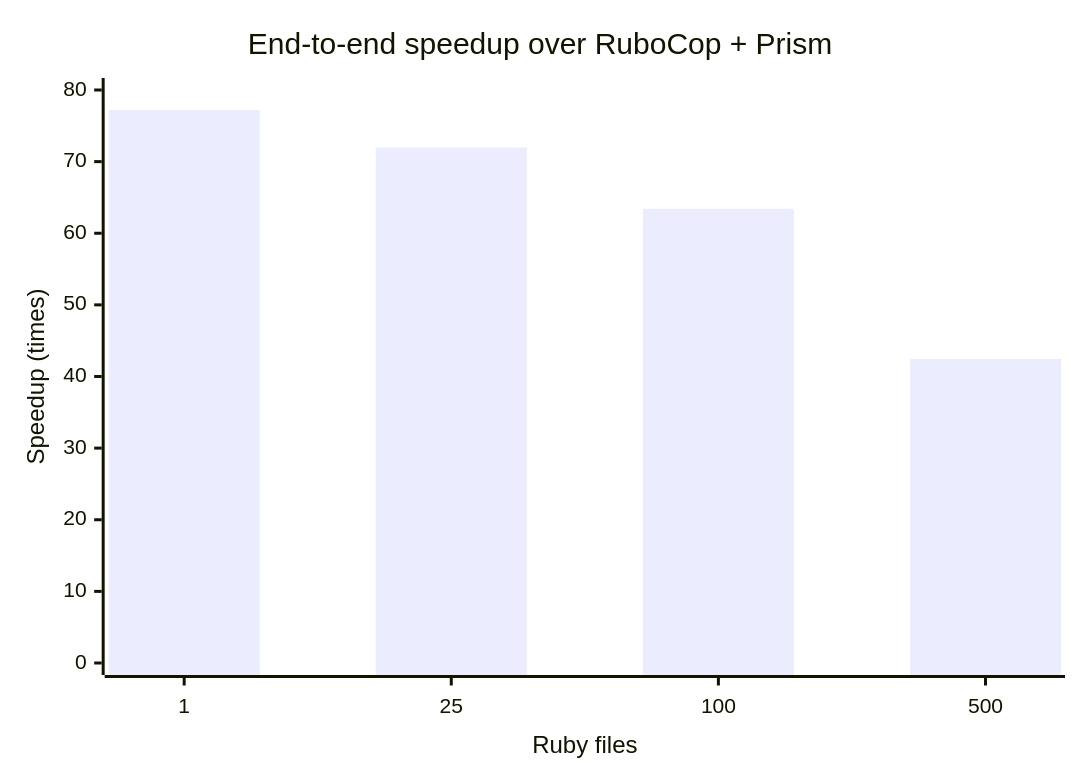
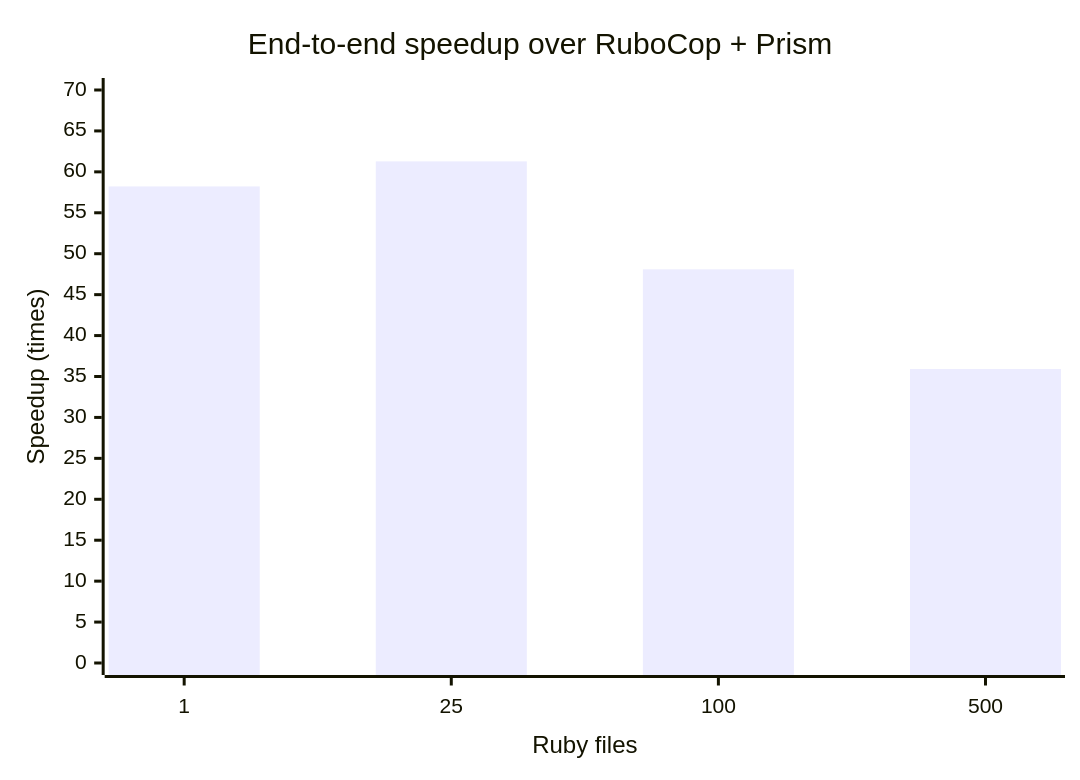
Before and after one commit to myxoh/rustocop: the diagram in docs/performance.md, drawn with Mermaid. The commit also changed other lines of this file and 4 other files, not shown here.

````diff
--- a/docs/performance.md
+++ b/docs/performance.md
@@ -103,7 +103,7 @@
 ```mermaid
 xychart-beta
     title "End-to-end speedup over RuboCop + Prism"
     x-axis "Ruby files" [1, 25, 100, 500]
-    y-axis "Speedup (times)" 0 --> 80
-    bar [77.20, 71.96, 63.40, 42.44]
+    y-axis "Speedup (times)" 0 --> 70
+    bar [58.22, 61.28, 48.09, 35.92]
 ```
````
